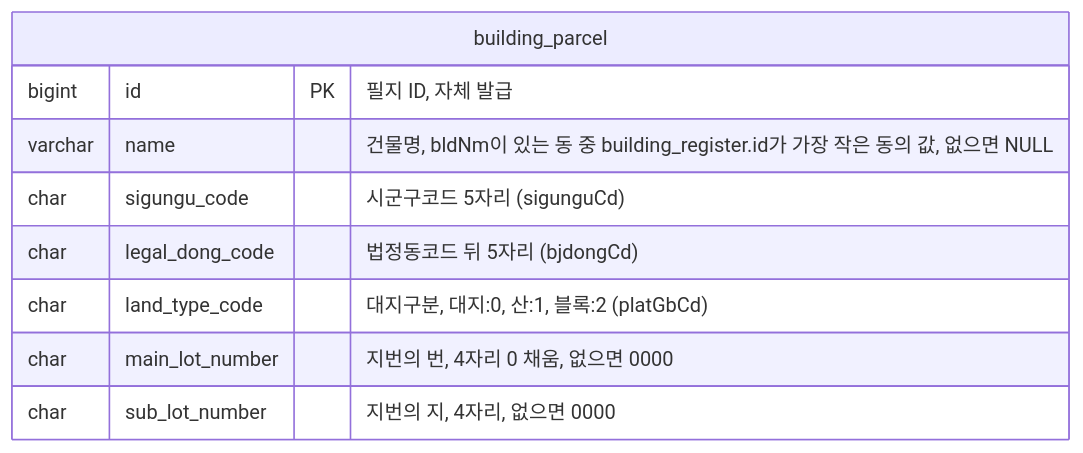
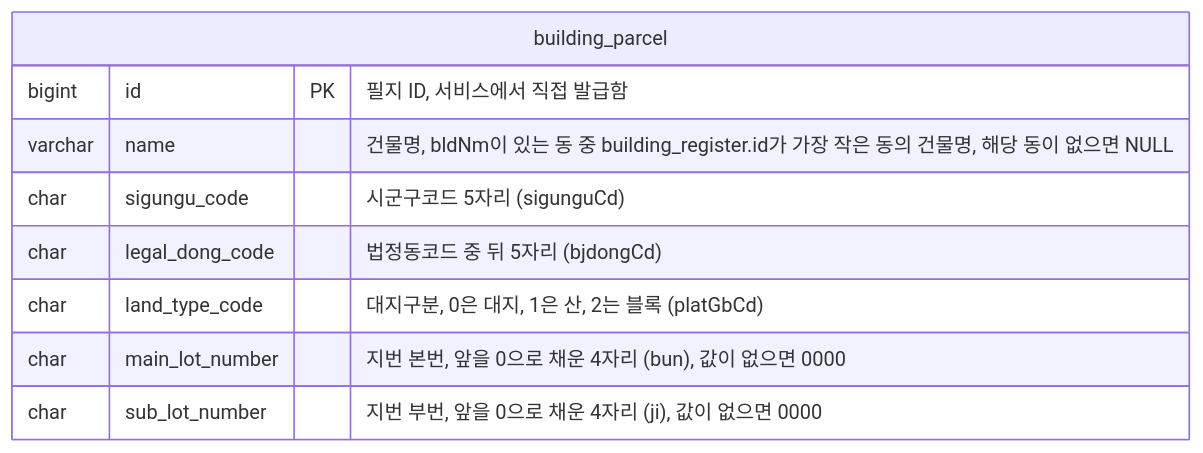
The third of 8 diagrams in docs/erd.md (f-lab-edu/jipsee), drawn with Mermaid before and after one commit. The commit also changed other lines of this file and 5 other files, not shown here.

````diff
--- a/docs/erd.md
+++ b/docs/erd.md
@@ -55,12 +58,12 @@
 ```mermaid
 erDiagram
     building_parcel {
-        bigint id PK "필지 ID, 자체 발급"
-        varchar name "건물명, bldNm이 있는 동 중 building_register.id가 가장 작은 동의 값, 없으면 NULL"
+        bigint id PK "필지 ID, 서비스에서 직접 발급함"
+        varchar name "건물명, bldNm이 있는 동 중 building_register.id가 가장 작은 동의 건물명, 해당 동이 없으면 NULL"
         char sigungu_code "시군구코드 5자리 (sigunguCd)"
-        char legal_dong_code "법정동코드 뒤 5자리 (bjdongCd)"
-        char land_type_code "대지구분, 대지:0, 산:1, 블록:2 (platGbCd)"
-        char main_lot_number "지번의 번, 4자리 0 채움, 없으면 0000"
-        char sub_lot_number "지번의 지, 4자리, 없으면 0000"
+        char legal_dong_code "법정동코드 중 뒤 5자리 (bjdongCd)"
+        char land_type_code "대지구분, 0은 대지, 1은 산, 2는 블록 (platGbCd)"
+        char main_lot_number "지번 본번, 앞을 0으로 채운 4자리 (bun), 값이 없으면 0000"
+        char sub_lot_number "지번 부번, 앞을 0으로 채운 4자리 (ji), 값이 없으면 0000"
     }
 ```
````
